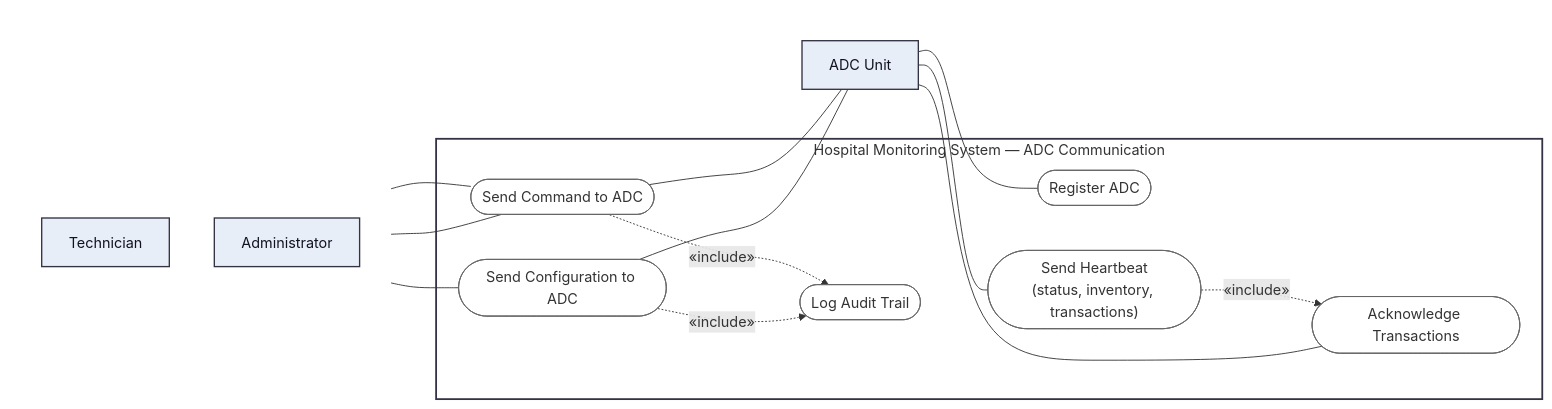
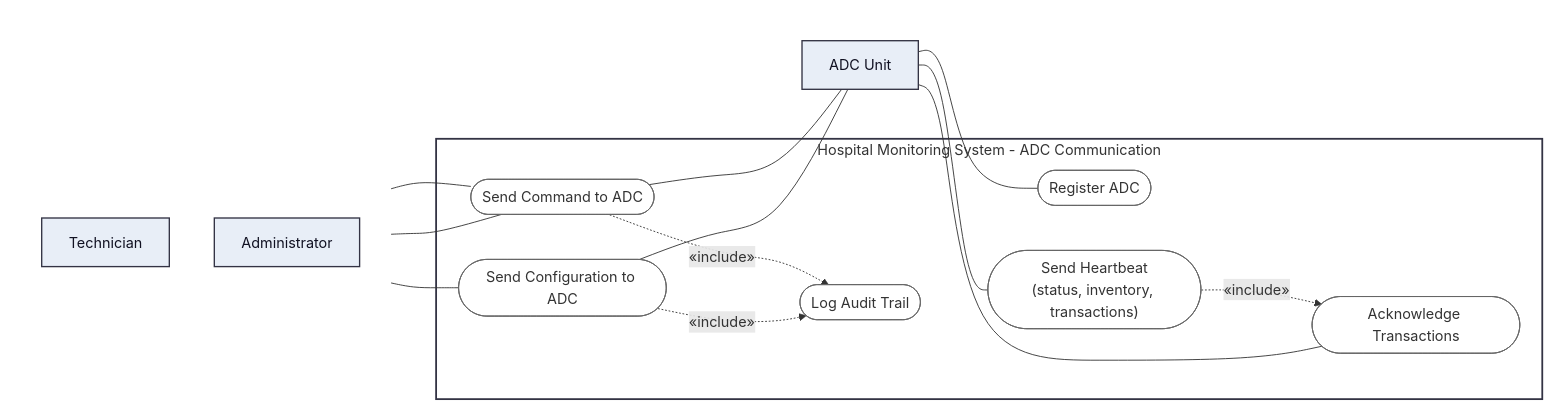
The second of 7 diagrams in docs/part-b/diagrams/use-case-diagram.md (LukaMrt/3K04-project), drawn with Mermaid before and after one commit. The commit also changed other lines of this file and 14 other files, not shown here.

````diff
--- a/docs/part-b/diagrams/use-case-diagram.md
+++ b/docs/part-b/diagrams/use-case-diagram.md
@@ -35,43 +35,43 @@
 ```mermaid
 flowchart LR
     subgraph Primary[" "]
         direction TB
         Technician["Technician"]
         Admin["Administrator"]
     end
 
-    subgraph MS["Hospital Monitoring System — ADC Communication"]
+    subgraph MS["Hospital Monitoring System - ADC Communication"]
         RegisterADC(["Register ADC"])
         Heartbeat(["Send Heartbeat<br/>(status, inventory, transactions)"])
         AckEvent(["Acknowledge Transactions"])
         SendCmd(["Send Command to ADC"])
         SendConfig(["Send Configuration to ADC"])
         AuditLog(["Log Audit Trail"])
     end
 
     subgraph Partner[" "]
         ADC["ADC Unit"]
     end
 
     ADC --- RegisterADC
     ADC --- Heartbeat
     Technician --- SendCmd
     Admin --- SendCmd
     Admin --- SendConfig
 
     SendCmd --- ADC
     SendConfig --- ADC
     AckEvent --- ADC
 
     Heartbeat -. "«include»" .-> AckEvent
     SendCmd -. "«include»" .-> AuditLog
     SendConfig -. "«include»" .-> AuditLog
 
     classDef actor fill:#e8eef7,stroke:#334,stroke-width:1.5px,color:#112;
     classDef usecase fill:#fff,stroke:#666,stroke-width:1px;
     class ADC,Technician,Admin actor;
     class RegisterADC,Heartbeat,AckEvent,SendCmd,SendConfig,AuditLog usecase;
     style Primary fill:none,stroke:none;
     style Partner fill:none,stroke:none;
     style MS fill:none,stroke:#334,stroke-width:2px;
 ```
````
